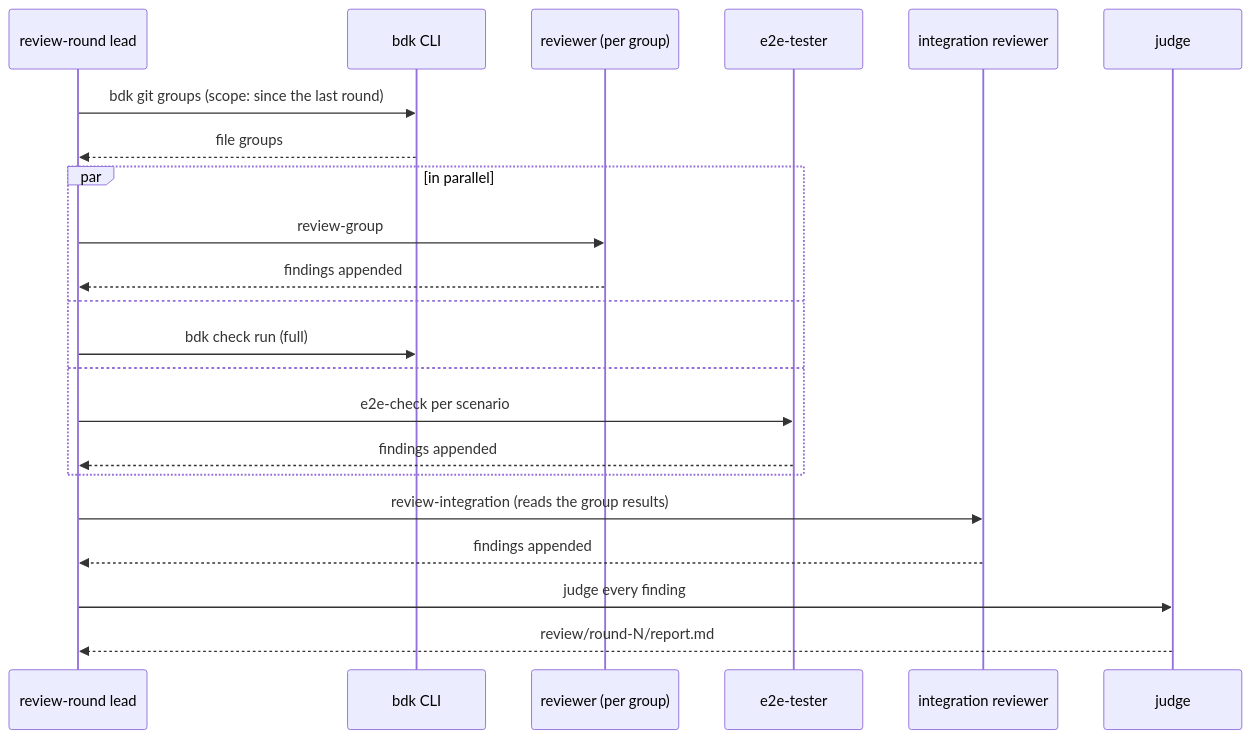
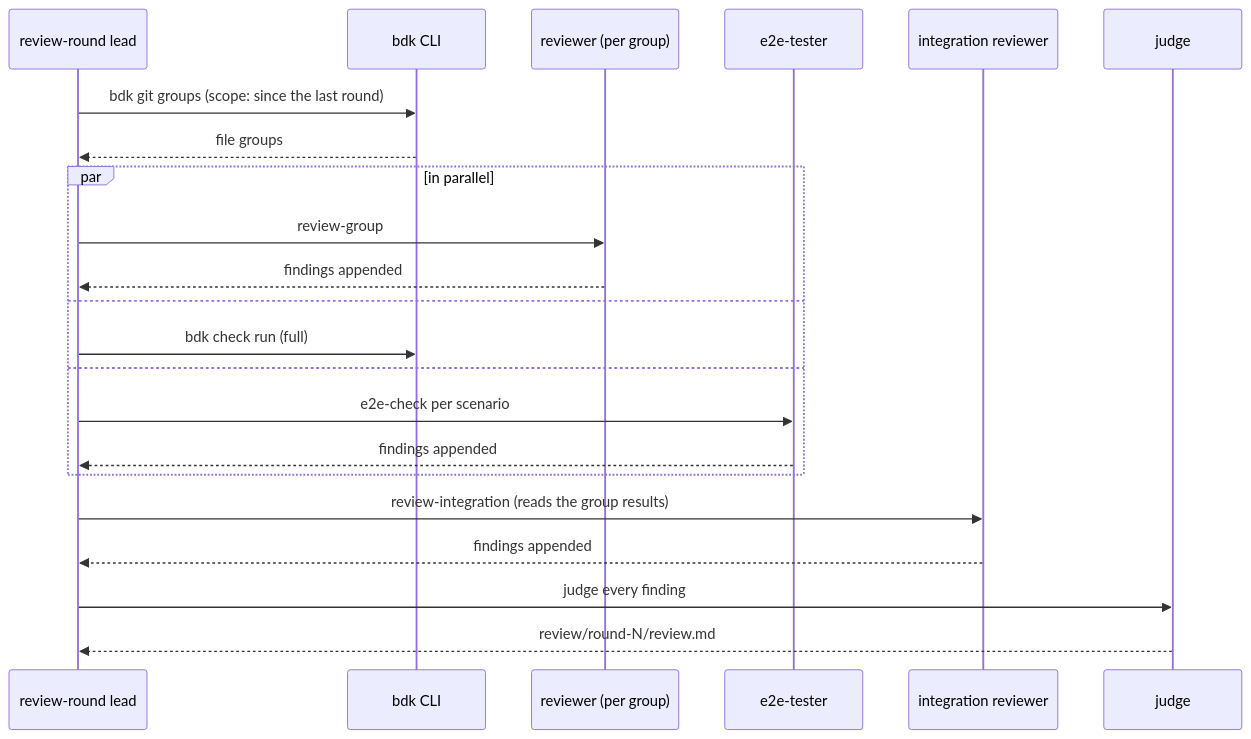
Before and after one commit to broneq/bdk: the tenth of 12 diagrams in docs/design/2026-10-07-v3-architecture.md, drawn with Mermaid. The commit also changed other lines of this file and 93 other files, not shown here.

First line of the commit message:
feat(bdk)!: rename the review round record to review.md

````diff
--- a/docs/design/2026-10-07-v3-architecture.md
+++ b/docs/design/2026-10-07-v3-architecture.md
@@ -395,24 +395,24 @@
 ```mermaid
 sequenceDiagram
   participant L as review-round lead
   participant C as bdk CLI
   participant R as reviewer (per group)
   participant E as e2e-tester
   participant I as integration reviewer
   participant J as judge
   L->>C: bdk git groups (scope: since the last round)
   C-->>L: file groups
   par in parallel
     L->>R: review-group
     R-->>L: findings appended
   and
     L->>C: bdk check run (full)
   and
     L->>E: e2e-check per scenario
     E-->>L: findings appended
   end
   L->>I: review-integration (reads the group results)
   I-->>L: findings appended
   L->>J: judge every finding
-  J-->>L: review/round-N/report.md
+  J-->>L: review/round-N/review.md
 ```
````
